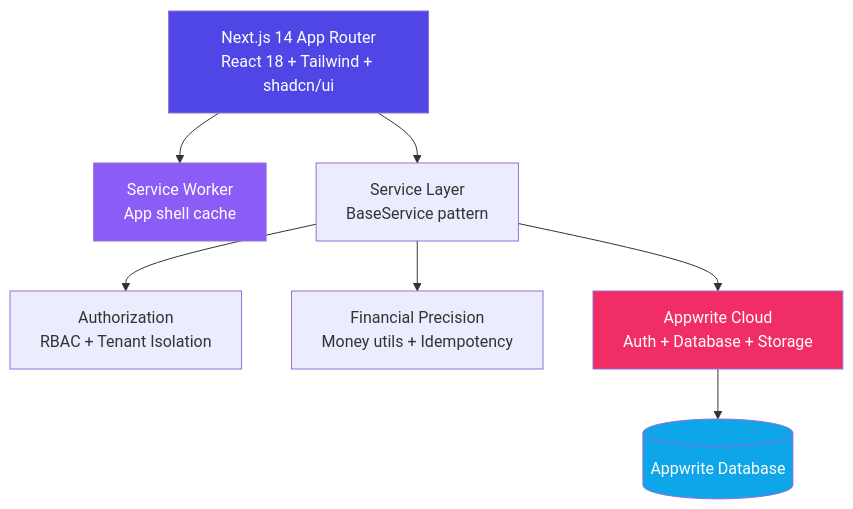
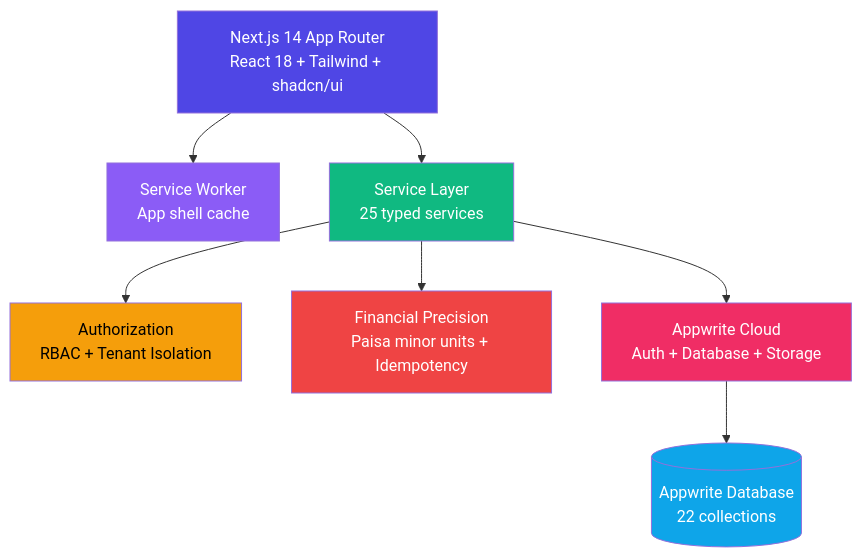
The second of 4 diagrams in README.md (mohit282-cpu/Inventory-Lite-SaaS-0000), drawn with Mermaid before and after one commit. The commit also changed other lines of this file and 10 other files, not shown here.

Commit message:
feat: initialize core Appwrite services, type definitions, and modular site architecture

````diff
--- a/README.md
+++ b/README.md
@@ -460,22 +667,25 @@
 ```mermaid
 flowchart TD
     UI["Next.js 14 App Router<br/>React 18 + Tailwind + shadcn/ui"]
     SW["Service Worker<br/>App shell cache"]
-    SERVICES["Service Layer<br/>BaseService pattern"]
+    SERVICES["Service Layer<br/>25 typed services"]
     AUTH["Authorization<br/>RBAC + Tenant Isolation"]
-    FINANCIAL["Financial Precision<br/>Money utils + Idempotency"]
+    FINANCIAL["Financial Precision<br/>Paisa minor units + Idempotency"]
     APPWRITE["Appwrite Cloud<br/>Auth + Database + Storage"]
-    DB[(Appwrite Database)]
+    DB[(Appwrite Database<br/>22 collections)]
 
     UI --> SERVICES
     UI --> SW
     SERVICES --> AUTH
     SERVICES --> FINANCIAL
     SERVICES --> APPWRITE
     APPWRITE --> DB
 
     style UI fill:#4f46e5,color:#fff
     style APPWRITE fill:#f02d65,color:#fff
     style DB fill:#0ea5e9,color:#fff
     style SW fill:#8b5cf6,color:#fff
+    style SERVICES fill:#10b981,color:#fff
+    style AUTH fill:#f59e0b,color:#000
+    style FINANCIAL fill:#ef4444,color:#fff
 ```
````
